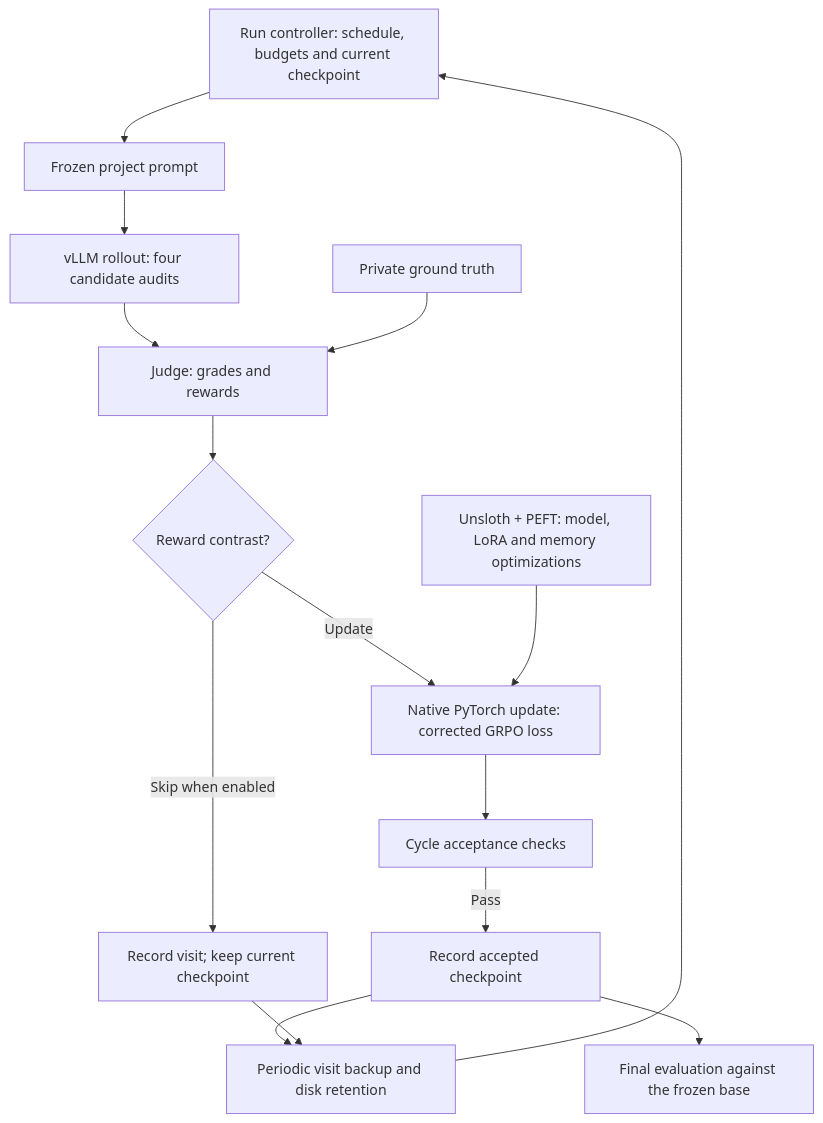
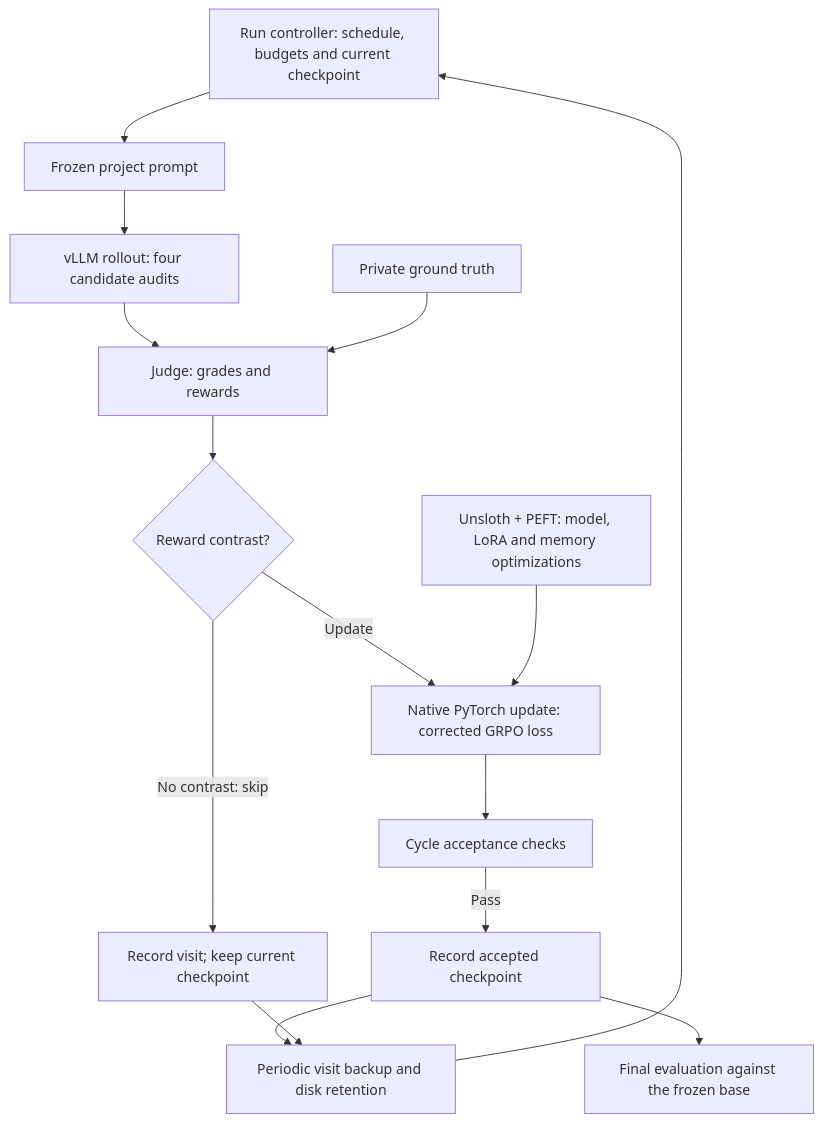
One commit to hyonbokan/audit-grpo-runtime changed the diagram in README.md. Above: the diagram before and after it, drawn with Mermaid. The commit also changed other lines of this file and 2 other files, not shown here.

````diff
--- a/README.md
+++ b/README.md
@@ -34,17 +34,17 @@
 ```mermaid
 flowchart TD
     C["Run controller: schedule, budgets and current checkpoint"] --> P["Frozen project prompt"]
     P --> R["vLLM rollout: four candidate audits"]
     R --> J["Judge: grades and rewards"]
     G["Private ground truth"] --> J
     J --> D{"Reward contrast?"}
     D -->|"Update"| U["Native PyTorch update: corrected GRPO loss"]
     L["Unsloth + PEFT: model, LoRA and memory optimizations"] --> U
     U --> A["Cycle acceptance checks"]
     A -->|"Pass"| K["Record accepted checkpoint"]
-    D -->|"Skip when enabled"| S["Record visit; keep current checkpoint"]
+    D -->|"No contrast: skip"| S["Record visit; keep current checkpoint"]
     K --> B["Periodic visit backup and disk retention"]
     S --> B
     B --> C
     K --> V["Final evaluation against the frozen base"]
 ```
````
